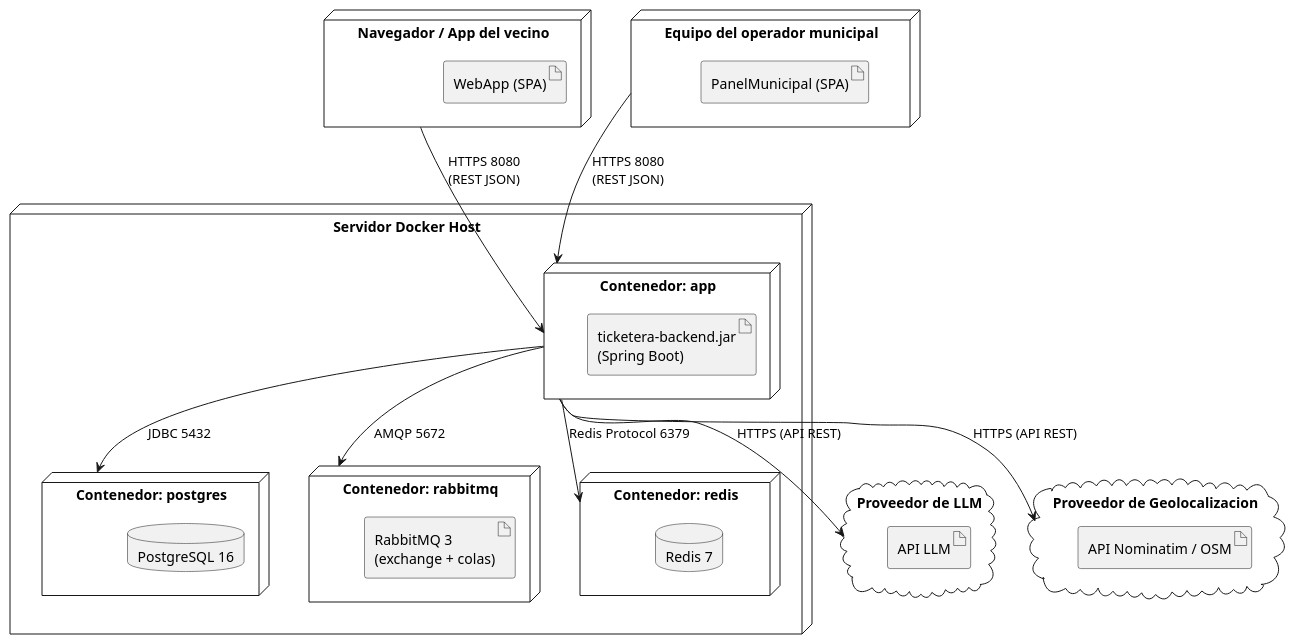
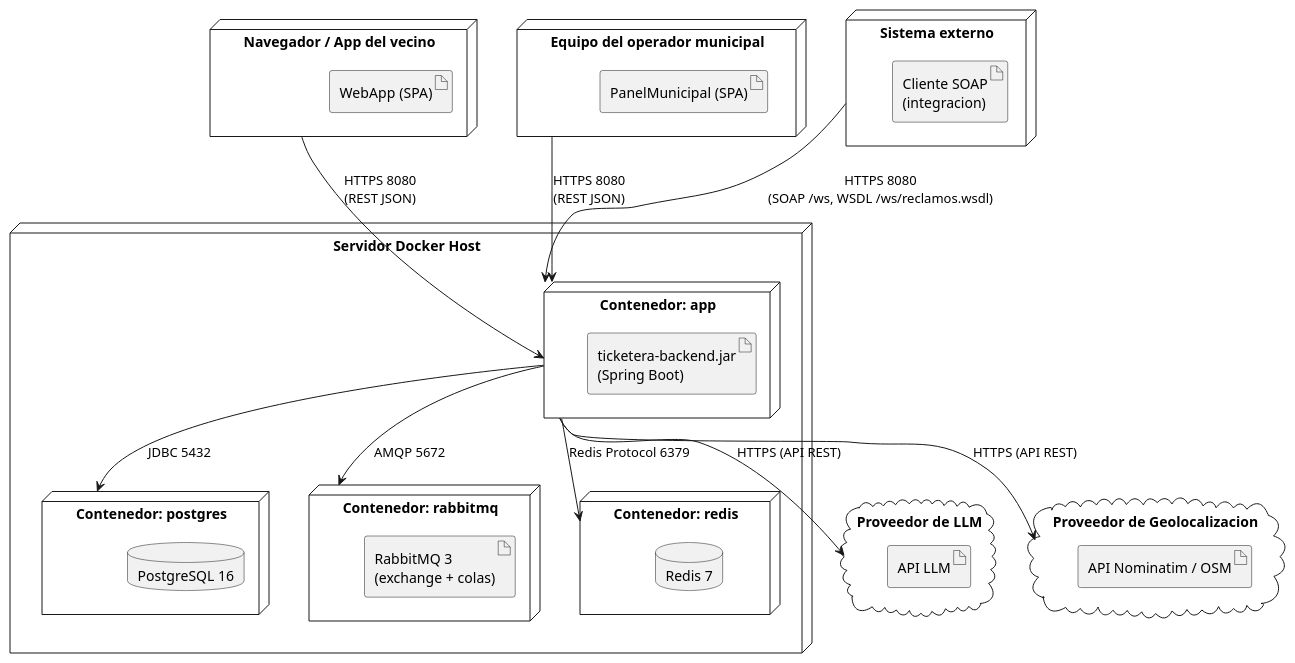
The diagram in docs/05_diagrama_despliegue.puml (francolovera24/Backend-TicketeraMunicipal-DDA2), drawn with PlantUML before and after one commit. The commit also changed 10 other files, not shown here.

First line of the commit message:
Punto 1: servicio SOAP de consulta de estado de reclamos

```diff
--- a/docs/05_diagrama_despliegue.puml
+++ b/docs/05_diagrama_despliegue.puml
@@ -1,45 +1,50 @@
 @startuml
 node "Navegador / App del vecino" as ClienteVecino {
     artifact "WebApp (SPA)" as artWebApp
 }
 
 node "Equipo del operador municipal" as ClienteMunicipal {
     artifact "PanelMunicipal (SPA)" as artPanel
+}
+
+node "Sistema externo" as ClienteSoap {
+    artifact "Cliente SOAP\n(integracion)" as artSoap
 }
 
 node "Servidor Docker Host" as DockerHost {
 
     node "Contenedor: app" as AppContainer {
         artifact "ticketera-backend.jar\n(Spring Boot)" as artApp
     }
 
     node "Contenedor: postgres" as PgContainer {
         database "PostgreSQL 16" as artDB
     }
 
     node "Contenedor: rabbitmq" as MqContainer {
         artifact "RabbitMQ 3\n(exchange + colas)" as artMq
     }
 
     node "Contenedor: redis" as RedisContainer {
         database "Redis 7" as artRedis
     }
 }
 
 cloud "Proveedor de LLM" as NodoLLM {
     artifact "API LLM" as artLLM
 }
 
 cloud "Proveedor de Geolocalizacion" as NodoGeo {
     artifact "API Nominatim / OSM" as artGeo
 }
 
 ClienteVecino --> AppContainer : HTTPS 8080\n(REST JSON)
 ClienteMunicipal --> AppContainer : HTTPS 8080\n(REST JSON)
+ClienteSoap --> AppContainer : HTTPS 8080\n(SOAP /ws, WSDL /ws/reclamos.wsdl)
 
 AppContainer --> PgContainer : JDBC 5432
 AppContainer --> MqContainer : AMQP 5672
 AppContainer --> RedisContainer : Redis Protocol 6379
 AppContainer --> NodoLLM : HTTPS (API REST)
 AppContainer --> NodoGeo : HTTPS (API REST)
 @enduml
```
